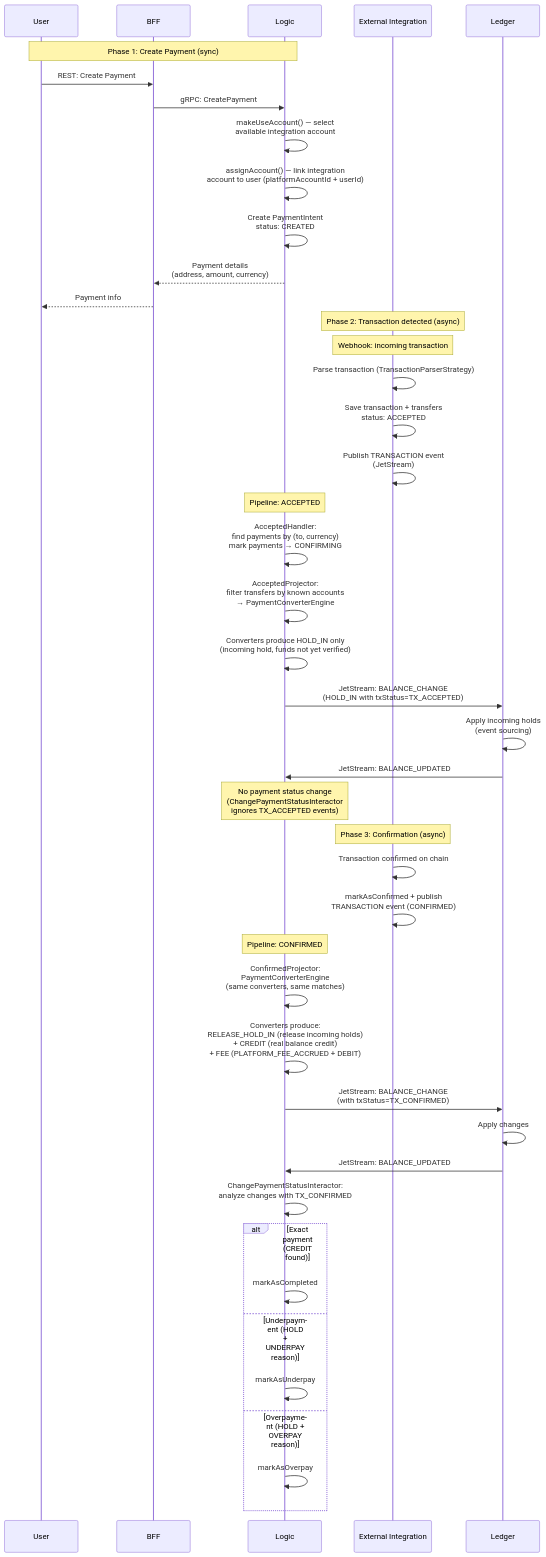
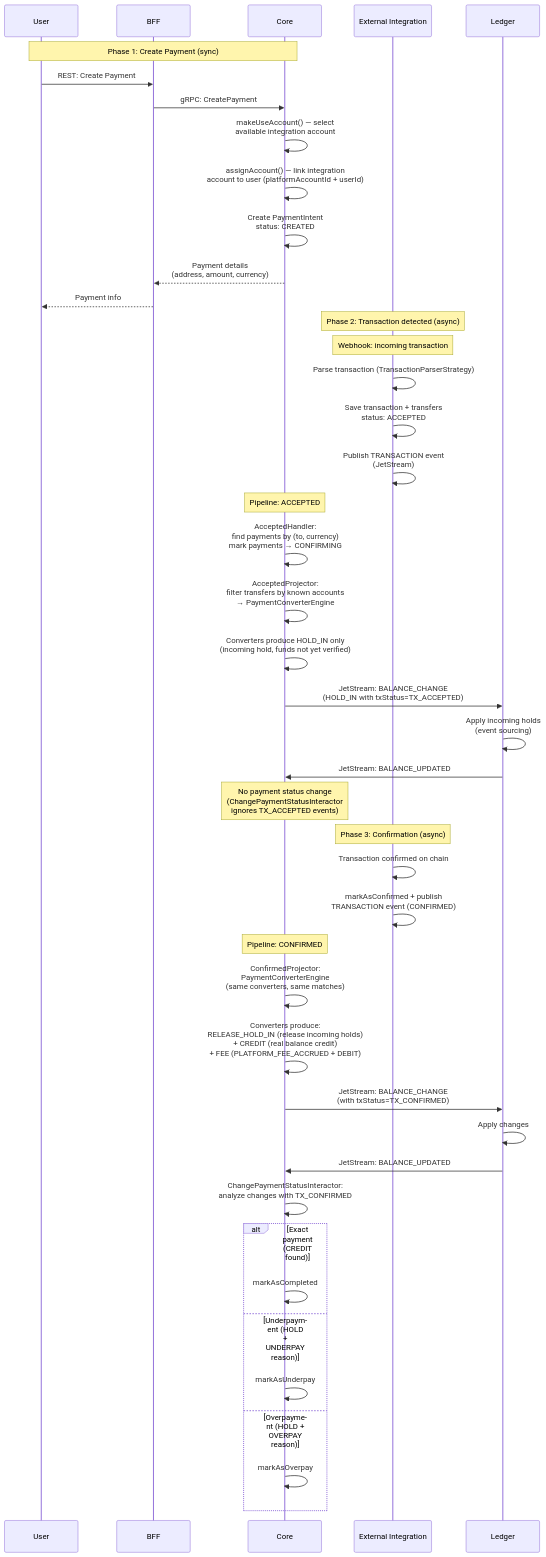
One commit to AndreyShashlovDev/multi-rail-payments-processor changed the second of 5 diagrams in README.md. Above: the diagram before and after it, drawn with Mermaid. The commit also changed other lines of this file and 245 other files, not shown here.

Commit message:
refactor: rename Logic service to Core

````diff
--- a/README.md
+++ b/README.md
@@ -175,52 +175,52 @@
 ```mermaid
 sequenceDiagram
     participant User
     participant BFF
-    participant Logic
+    participant Core
     participant ExtInt as External Integration
     participant Ledger
 
-    Note over User,Logic: Phase 1: Create Payment (sync)
+    Note over User,Core: Phase 1: Create Payment (sync)
     User->>BFF: REST: Create Payment
-    BFF->>Logic: gRPC: CreatePayment
-    Logic->>Logic: makeUseAccount() — select<br/>available integration account
-    Logic->>Logic: assignAccount() — link integration<br/>account to user (platformAccountId + userId)
-    Logic->>Logic: Create PaymentIntent<br/>status: CREATED
-    Logic-->>BFF: Payment details<br/>(address, amount, currency)
+    BFF->>Core: gRPC: CreatePayment
+    Core->>Core: makeUseAccount() — select<br/>available integration account
+    Core->>Core: assignAccount() — link integration<br/>account to user (platformAccountId + userId)
+    Core->>Core: Create PaymentIntent<br/>status: CREATED
+    Core-->>BFF: Payment details<br/>(address, amount, currency)
     BFF-->>User: Payment info
 
     Note over ExtInt: Phase 2: Transaction detected (async)
     Note over ExtInt: Webhook: incoming transaction
     ExtInt->>ExtInt: Parse transaction (TransactionParserStrategy)
     ExtInt->>ExtInt: Save transaction + transfers<br/>status: ACCEPTED
     ExtInt->>ExtInt: Publish TRANSACTION event<br/>(JetStream)
 
-    Note over Logic: Pipeline: ACCEPTED
-    Logic->>Logic: AcceptedHandler:<br/>find payments by (to, currency)<br/>mark payments → CONFIRMING
-    Logic->>Logic: AcceptedProjector:<br/>filter transfers by known accounts<br/>→ PaymentConverterEngine
-    Logic->>Logic: Converters produce HOLD_IN only<br/>(incoming hold, funds not yet verified)
-    Logic->>Ledger: JetStream: BALANCE_CHANGE<br/>(HOLD_IN with txStatus=TX_ACCEPTED)
+    Note over Core: Pipeline: ACCEPTED
+    Core->>Core: AcceptedHandler:<br/>find payments by (to, currency)<br/>mark payments → CONFIRMING
+    Core->>Core: AcceptedProjector:<br/>filter transfers by known accounts<br/>→ PaymentConverterEngine
+    Core->>Core: Converters produce HOLD_IN only<br/>(incoming hold, funds not yet verified)
+    Core->>Ledger: JetStream: BALANCE_CHANGE<br/>(HOLD_IN with txStatus=TX_ACCEPTED)
     Ledger->>Ledger: Apply incoming holds<br/>(event sourcing)
-    Ledger->>Logic: JetStream: BALANCE_UPDATED
-    Note over Logic: No payment status change<br/>(ChangePaymentStatusInteractor<br/>ignores TX_ACCEPTED events)
+    Ledger->>Core: JetStream: BALANCE_UPDATED
+    Note over Core: No payment status change<br/>(ChangePaymentStatusInteractor<br/>ignores TX_ACCEPTED events)
 
     Note over ExtInt: Phase 3: Confirmation (async)
     ExtInt->>ExtInt: Transaction confirmed on chain
     ExtInt->>ExtInt: markAsConfirmed + publish<br/>TRANSACTION event (CONFIRMED)
 
-    Note over Logic: Pipeline: CONFIRMED
-    Logic->>Logic: ConfirmedProjector:<br/>PaymentConverterEngine<br/>(same converters, same matches)
-    Logic->>Logic: Converters produce:<br/>RELEASE_HOLD_IN (release incoming holds)<br/>+ CREDIT (real balance credit)<br/>+ FEE (PLATFORM_FEE_ACCRUED + DEBIT)
-    Logic->>Ledger: JetStream: BALANCE_CHANGE<br/>(with txStatus=TX_CONFIRMED)
+    Note over Core: Pipeline: CONFIRMED
+    Core->>Core: ConfirmedProjector:<br/>PaymentConverterEngine<br/>(same converters, same matches)
+    Core->>Core: Converters produce:<br/>RELEASE_HOLD_IN (release incoming holds)<br/>+ CREDIT (real balance credit)<br/>+ FEE (PLATFORM_FEE_ACCRUED + DEBIT)
+    Core->>Ledger: JetStream: BALANCE_CHANGE<br/>(with txStatus=TX_CONFIRMED)
     Ledger->>Ledger: Apply changes
-    Ledger->>Logic: JetStream: BALANCE_UPDATED
+    Ledger->>Core: JetStream: BALANCE_UPDATED
 
-    Logic->>Logic: ChangePaymentStatusInteractor:<br/>analyze changes with TX_CONFIRMED
+    Core->>Core: ChangePaymentStatusInteractor:<br/>analyze changes with TX_CONFIRMED
     alt Exact payment (CREDIT found)
-        Logic->>Logic: markAsCompleted
+        Core->>Core: markAsCompleted
     else Underpayment (HOLD + UNDERPAY reason)
-        Logic->>Logic: markAsUnderpay
+        Core->>Core: markAsUnderpay
     else Overpayment (HOLD + OVERPAY reason)
-        Logic->>Logic: markAsOverpay
+        Core->>Core: markAsOverpay
     end
 ```
````
